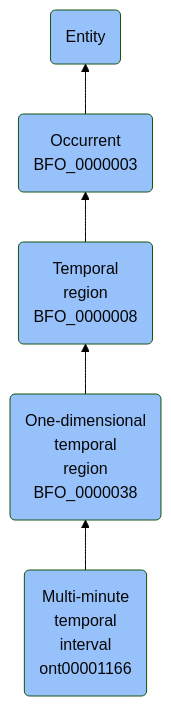
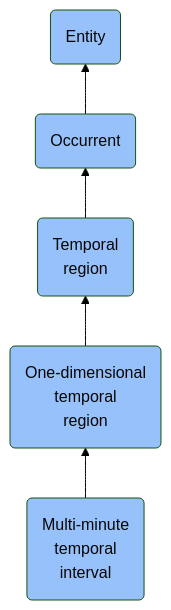
The diagram in docs/ontology/reference/model/Entity/Occurrent/Temporal region/One-dimensional temporal region/Multi-minute temporal interval/Multi-minute temporal interval.md (jupyter-naas/abi), drawn with Mermaid (forest theme) before and after one commit. The commit also changed other lines of this file and 1430 other files, not shown here.

````diff
--- a/docs/ontology/reference/model/Entity/Occurrent/Temporal region/One-dimensional temporal region/Multi-minute temporal interval/Multi-minute temporal interval.md
+++ b/docs/ontology/reference/model/Entity/Occurrent/Temporal region/One-dimensional temporal region/Multi-minute temporal interval/Multi-minute temporal interval.md
@@ -24,12 +24,12 @@
 ```mermaid
 graph BT
-    ont00001166(Multi-minute<br>temporal<br>interval<br>ont00001166):::BFO-->BFO_0000038
-    BFO_0000038(One-dimensional<br>temporal<br>region<br>BFO_0000038):::BFO-->BFO_0000008
-    BFO_0000008(Temporal<br>region<br>BFO_0000008):::BFO-->BFO_0000003
-    BFO_0000003(Occurrent<br>BFO_0000003):::BFO-->BFO_0000001
+    ont00001166(Multi-minute<br>temporal<br>interval):::BFO-->BFO_0000038
+    BFO_0000038(One-dimensional<br>temporal<br>region):::BFO-->BFO_0000008
+    BFO_0000008(Temporal<br>region):::BFO-->BFO_0000003
+    BFO_0000003(Occurrent):::BFO-->BFO_0000001
     BFO_0000001(Entity):::BFO
     
     classDef BFO fill:#97c1fb,color:#060606
     classDef CCO fill:#e4c51e,color:#060606
     classDef ABI fill:#48DD82,color:#060606
 ```
````
